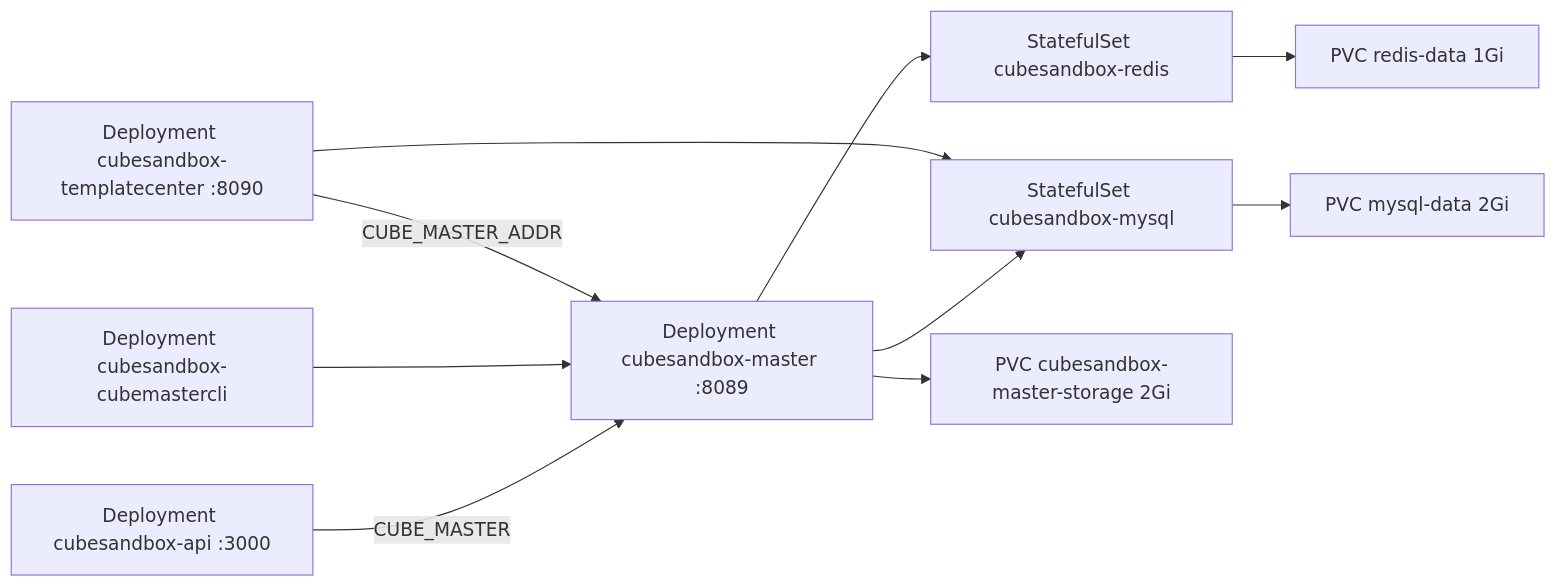
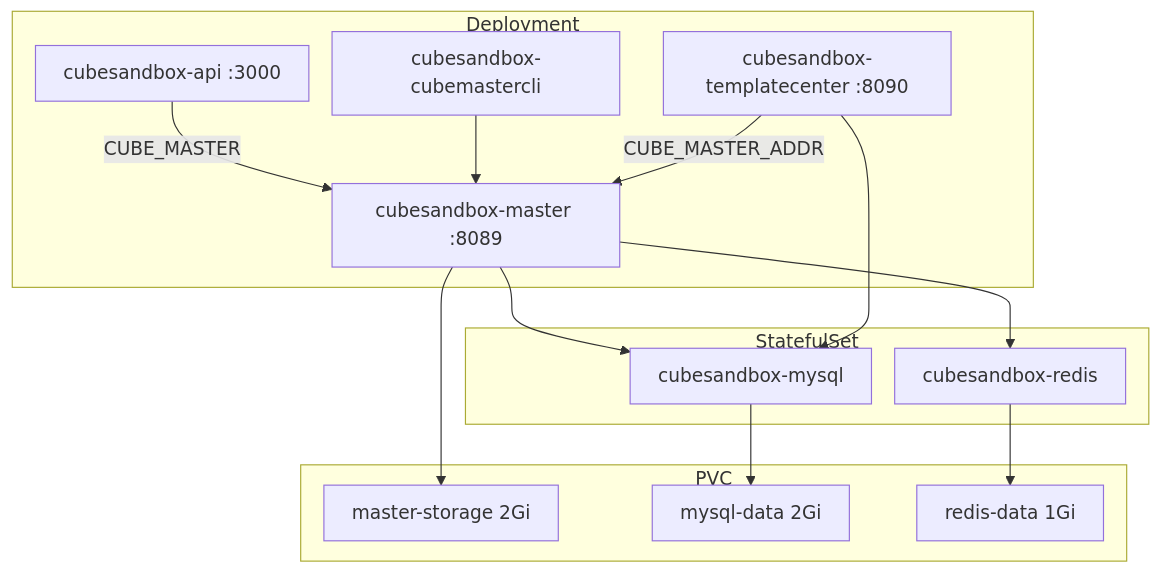
The second of 4 diagrams in docs/cubesandbox-controlplane.md (forrestIsRunning/kind-k8s-learning), drawn with Mermaid before and after one commit. The commit also changed other lines of this file and 2 other files, not shown here.

Commit message:
Stop mermaid diagrams from clipping labels and bottoms.

````diff
--- a/docs/cubesandbox-controlplane.md
+++ b/docs/cubesandbox-controlplane.md
@@ -136,22 +146,40 @@
 ```mermaid
-flowchart LR
-  API["Deployment cubesandbox-api :3000"]
-  M["Deployment cubesandbox-master :8089"]
-  TC["Deployment cubesandbox-templatecenter :8090"]
-  CLI["Deployment cubesandbox-cubemastercli"]
-  MY["StatefulSet cubesandbox-mysql"]
-  RD["StatefulSet cubesandbox-redis"]
-  PVC1["PVC cubesandbox-master-storage 2Gi"]
-  PVC2["PVC mysql-data 2Gi"]
-  PVC3["PVC redis-data 1Gi"]
+---
+config:
+  flowchart:
+    htmlLabels: true
+    wrappingWidth: 200
+    padding: 12
+    useMaxWidth: false
+    rankSpacing: 35
+    nodeSpacing: 20
+---
+flowchart TB
+  subgraph deploy["Deployment"]
+    API["cubesandbox-api :3000"]
+    M["cubesandbox-master :8089"]
+    TC["cubesandbox-templatecenter :8090"]
+    CLI["cubesandbox-cubemastercli"]
+  end
+
+  subgraph sts["StatefulSet"]
+    MY["cubesandbox-mysql"]
+    RD["cubesandbox-redis"]
+  end
+
+  subgraph pvc["PVC"]
+    PVC1["master-storage 2Gi"]
+    PVC2["mysql-data 2Gi"]
+    PVC3["redis-data 1Gi"]
+  end
 
   API -->|"CUBE_MASTER"| M
   CLI --> M
   TC -->|"CUBE_MASTER_ADDR"| M
   M --> MY
   M --> RD
   TC --> MY
   M --> PVC1
   MY --> PVC2
   RD --> PVC3
 ```
````
